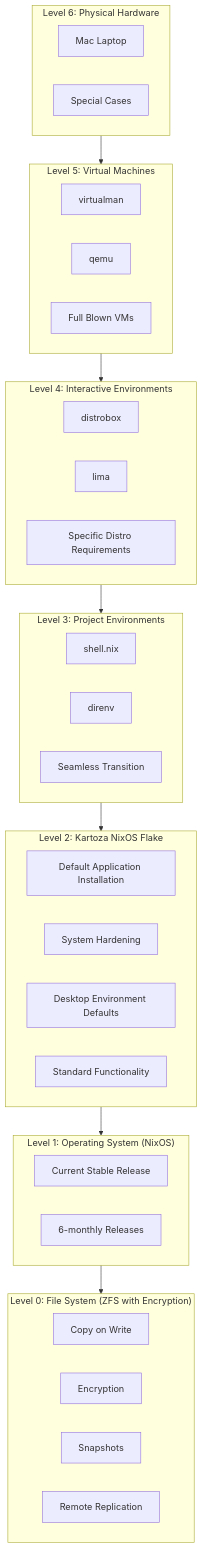
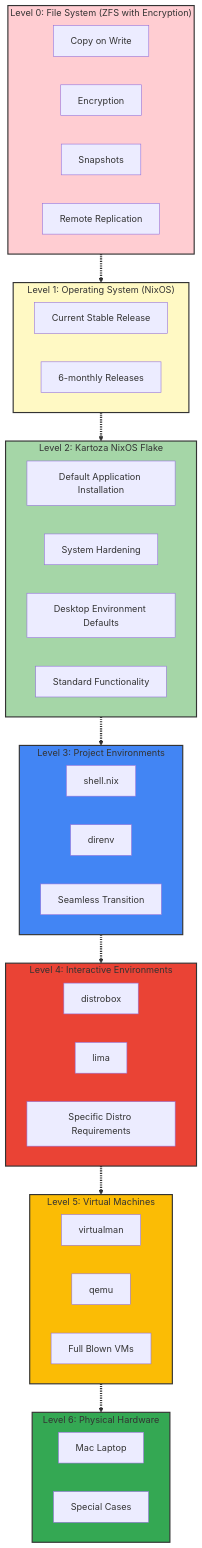
One commit to timlinux/nix-config changed the diagram in WHITEPAPER.md. Above: the diagram before and after it, drawn with Mermaid. The commit also changed other lines of this file, not shown here.

````diff
--- a/WHITEPAPER.md
+++ b/WHITEPAPER.md
@@ -102,54 +102,67 @@
 ```mermaid
 graph TB
-    subgraph A1["Level 6: Physical Hardware"]
-        G1["Mac Laptop"]
-        G2["Special Cases"]
+    subgraph A7["Level 0: File System (ZFS with Encryption)"]
+        X1["Copy on Write"]
+        X2["Encryption"]
+        X3["Snapshots"]
+        X4["Remote Replication"]
     end
 
-    subgraph A2["Level 5: Virtual Machines"]
-        F1["virtualman"]
-        F2["qemu"]
-        F3["Full Blown VMs"]
-    end
-
-    subgraph A3["Level 4: Interactive Environments"]
-        E1["distrobox"]
-        E2["lima"]
-        E3["Specific Distro Requirements"]
-    end
-
-    subgraph A4["Level 3: Project Environments"]
-        D1["shell.nix"]
-        D2["direnv"]
-        D3["Seamless Transition"]
+    subgraph A6["Level 1: Operating System (NixOS)"]
+        B1["Current Stable Release"]
+        B2["6-monthly Releases"]
     end
 
     subgraph A5["Level 2: Kartoza NixOS Flake"]
         C1["Default Application Installation"]
         C2["System Hardening"]
         C3["Desktop Environment Defaults"]
         C4["Standard Functionality"]
     end
 
-    subgraph A6["Level 1: Operating System (NixOS)"]
-        B1["Current Stable Release"]
-        B2["6-monthly Releases"]
+    subgraph A4["Level 3: Project Environments"]
+        D1["shell.nix"]
+        D2["direnv"]
+        D3["Seamless Transition"]
     end
 
-    subgraph A7["Level 0: File System (ZFS with Encryption)"]
-        X1["Copy on Write"]
-        X2["Encryption"]
-        X3["Snapshots"]
-        X4["Remote Replication"]
+    subgraph A3["Level 4: Interactive Environments"]
+        E1["distrobox"]
+        E2["lima"]
+        E3["Specific Distro Requirements"]
     end
 
-    A1 --> A2
-    A2 --> A3
-    A3 --> A4
-    A4 --> A5
-    A5 --> A6
-    A6 --> A7
+    subgraph A2["Level 5: Virtual Machines"]
+        F1["virtualman"]
+        F2["qemu"]
+        F3["Full Blown VMs"]
+    end
 
+    subgraph A1["Level 6: Physical Hardware"]
+        G1["Mac Laptop"]
+        G2["Special Cases"]
+    end
 
+    A7 -.-> A6
+    A6 -.-> A5
+    A5 -.-> A4
+    A4 -.-> A3
+    A3 -.-> A2
+    A2 -.-> A1
+
+    style A1 fill:#34A853,stroke:#333,stroke-width:2px
+    style A2 fill:#FBBC05,stroke:#333,stroke-width:2px
+    style A3 fill:#EA4335,stroke:#333,stroke-width:2px
+    style A4 fill:#4285F4,stroke:#333,stroke-width:2px
+    style A5 fill:#A5D6A7,stroke:#333,stroke-width:2px
+    style A6 fill:#FFF9C4,stroke:#333,stroke-width:2px
+    style A7 fill:#FFCDD2,stroke:#333,stroke-width:2px
+
+    linkStyle 0 stroke-width:4px,stroke:#333,fill:none
+    linkStyle 1 stroke-width:4px,stroke:#333,fill:none
+    linkStyle 2 stroke-width:4px,stroke:#333,fill:none
+    linkStyle 3 stroke-width:4px,stroke:#333,fill:none
+    linkStyle 4 stroke-width:4px,stroke:#333,fill:none
+    linkStyle 5 stroke-width:4px,stroke:#333,fill:none
 
 ```
````
